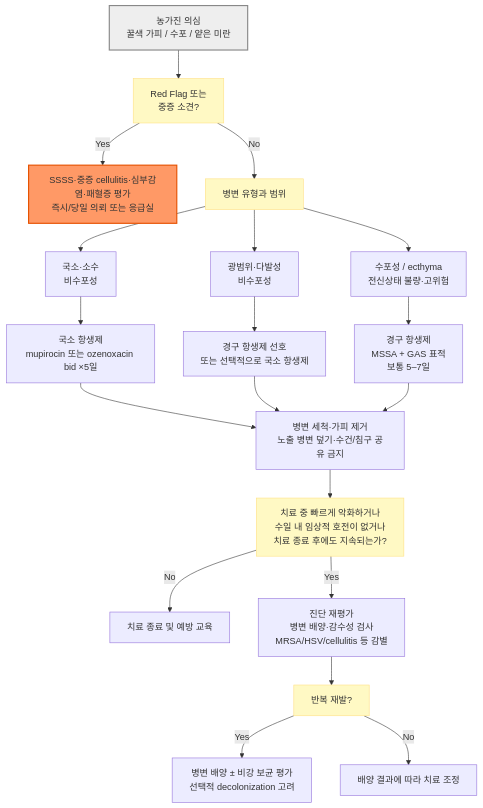
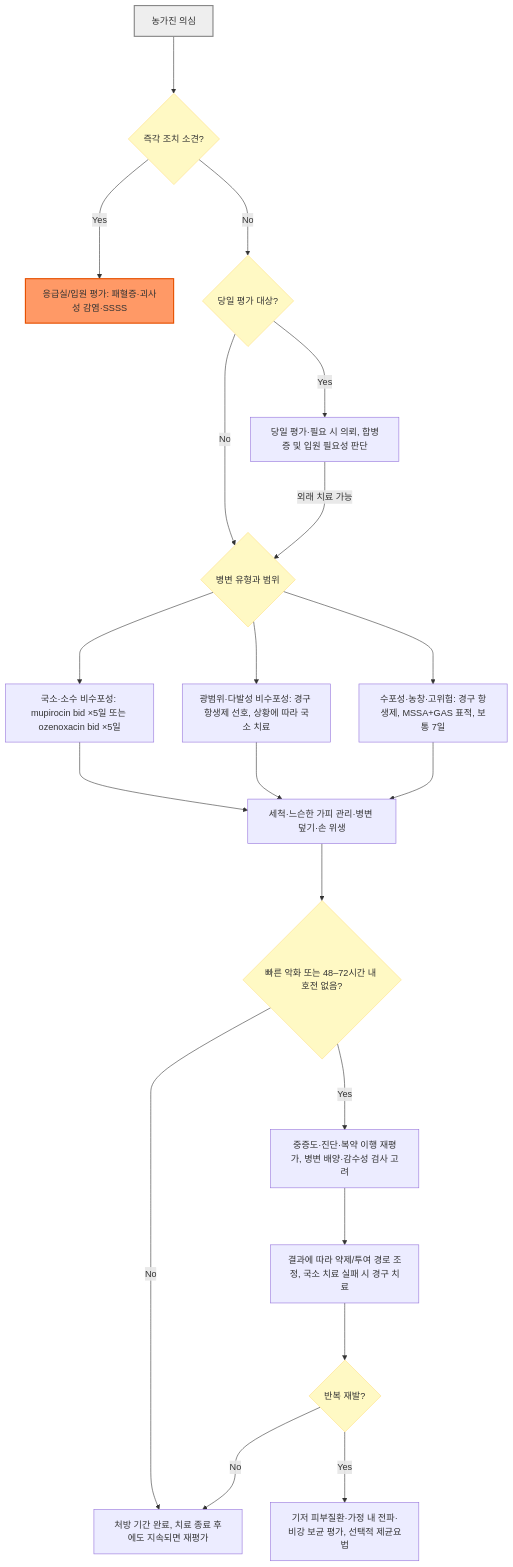
The diagram in 229_/166_-impetigo.md (familyoh77/familyoh77), drawn with Mermaid before and after one commit. The commit also changed other lines of this file and 10 other files, not shown here.

````diff
--- a/229_/166_-impetigo.md
+++ b/229_/166_-impetigo.md
@@ -102,34 +104,30 @@
 ```mermaid
 flowchart TD
-    A["농가진 의심<br/>꿀색 가피 / 수포 / 얕은 미란"] --> B["Red Flag 또는<br/>중증 소견?"]
-
-    B -->|Yes| C["SSSS·중증 cellulitis·심부감염·패혈증 평가<br/>즉시/당일 의뢰 또는 응급실"]
-    B -->|No| D["병변 유형과 범위"]
-
-    D --> E["국소·소수<br/>비수포성"]
-    D --> F["광범위·다발성<br/>비수포성"]
-    D --> G["수포성 / ecthyma<br/>전신상태 불량·고위험"]
-
-    E --> H["국소 항생제<br/>mupirocin 또는 ozenoxacin bid ×5일"]
-    F --> I["경구 항생제 선호<br/>또는 선택적으로 국소 항생제"]
-    G --> J["경구 항생제<br/>MSSA + GAS 표적<br/>보통 5–7일"]
-
-    H --> K["병변 세척·가피 제거<br/>노출 병변 덮기·수건/침구 공유 금지"]
-    I --> K
-    J --> K
-
-    K --> L["치료 중 빠르게 악화하거나<br/>수일 내 임상적 호전이 없거나<br/>치료 종료 후에도 지속되는가?"]
-    L -->|No| M["치료 종료 및 예방 교육"]
-    L -->|Yes| N["진단 재평가<br/>병변 배양·감수성 검사<br/>MRSA/HSV/cellulitis 등 감별"]
-
-    N --> O["반복 재발?"]
-    O -->|Yes| P["병변 배양 ± 비강 보균 평가<br/>선택적 decolonization 고려"]
-    O -->|No| Q["배양 결과에 따라 치료 조정"]
+    A["농가진 의심"] ---> B{"즉각 조치 소견?"}
+    B --->|Yes| C["응급실/입원 평가: 패혈증·괴사성 감염·SSSS"]
+    B --->|No| D{"당일 평가 대상?"}
+    D --->|Yes| E["당일 평가·필요 시 의뢰, 합병증 및 입원 필요성 판단"]
+    D --->|No| F{"병변 유형과 범위"}
+    E --->|외래 치료 가능| F
+    F ---> G["국소·소수 비수포성: mupirocin bid ×5일 또는 ozenoxacin bid ×5일"]
+    F ---> H["광범위·다발성 비수포성: 경구 항생제 선호, 상황에 따라 국소 치료"]
+    F ---> I["수포성·농창·고위험: 경구 항생제, MSSA+GAS 표적, 보통 7일"]
+    G ---> J["세척·느슨한 가피 관리·병변 덮기·손 위생"]
+    H ---> J
+    I ---> J
+    J ---> K{"빠른 악화 또는 48–72시간 내 호전 없음?"}
+    K --->|No| L["처방 기간 완료, 치료 종료 후에도 지속되면 재평가"]
+    K --->|Yes| M["중증도·진단·복약 이행 재평가, 병변 배양·감수성 검사 고려"]
+    M ---> N["결과에 따라 약제/투여 경로 조정, 국소 치료 실패 시 경구 치료"]
+    N ---> O{"반복 재발?"}
+    O --->|Yes| P["기저 피부질환·가정 내 전파·비강 보균 평가, 선택적 제균요법"]
+    O --->|No| L
 
     style A fill:#eeeeee,stroke:#888888,stroke-width:2px
     style B fill:#fff9c4,stroke:#ffe082
     style D fill:#fff9c4,stroke:#ffe082
-    style L fill:#fff9c4,stroke:#ffe082
+    style F fill:#fff9c4,stroke:#ffe082
+    style K fill:#fff9c4,stroke:#ffe082
     style O fill:#fff9c4,stroke:#ffe082
     style C fill:#f96,stroke:#e65100,stroke-width:2px
 ```
````
